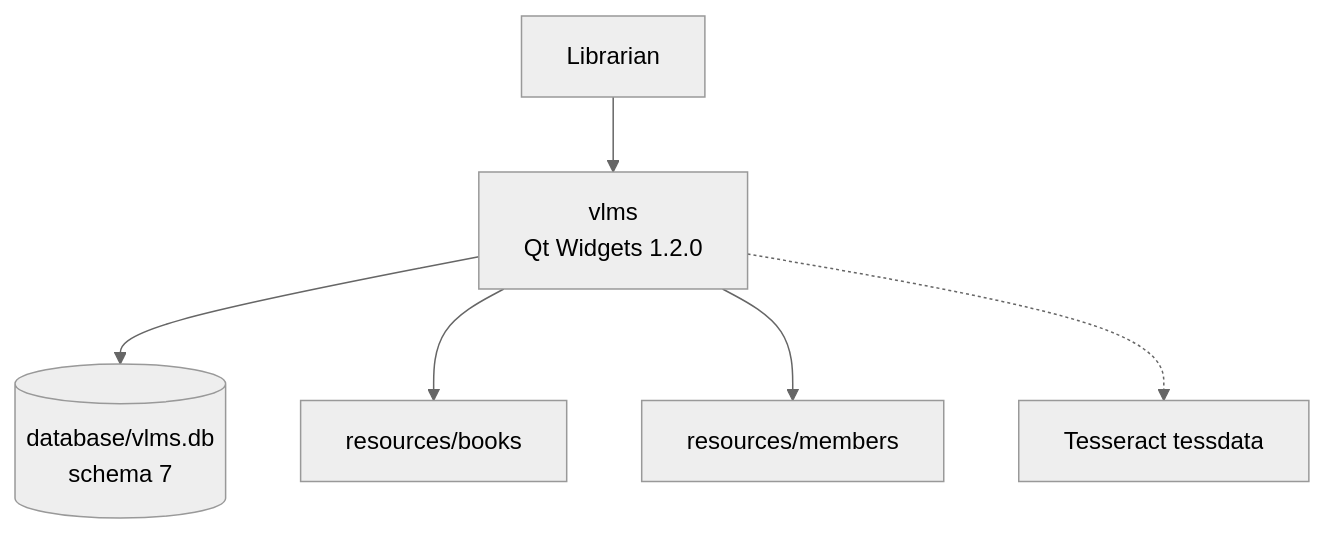
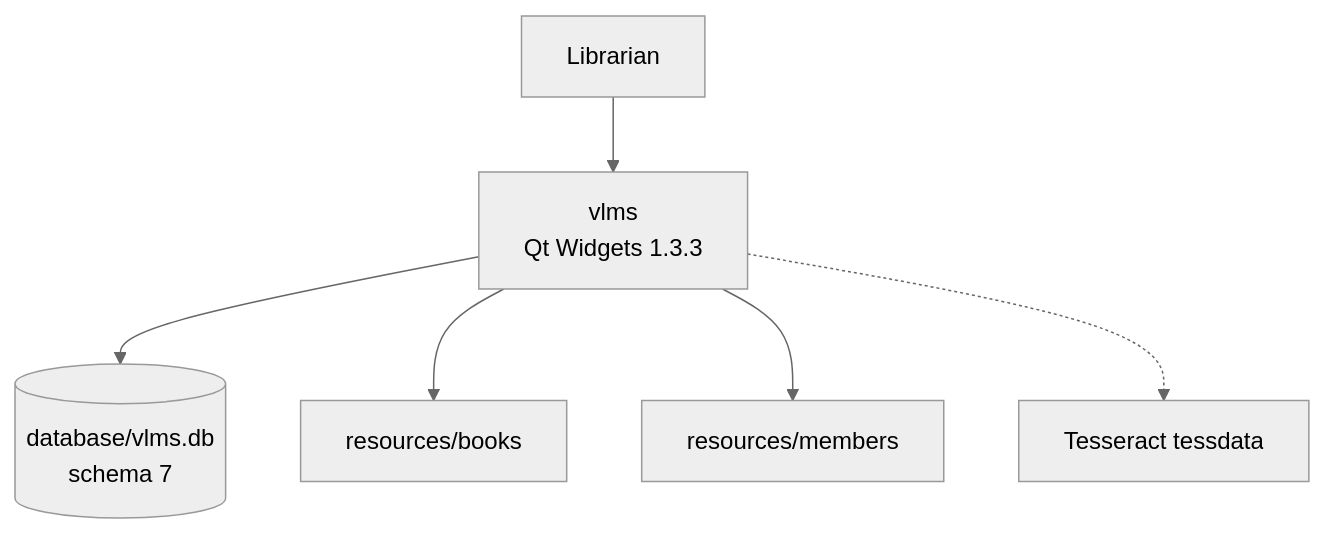
One commit to medaminben/VLMS changed the first of 28 diagrams in docs/architecture/beta-uml.md. Above: the diagram before and after it, drawn with Mermaid (neutral theme). The commit also changed other lines of this file, not shown here.

First line of the commit message:
Refresh the Beta UML for the frontend redesign.

````diff
--- a/docs/architecture/beta-uml.md
+++ b/docs/architecture/beta-uml.md
@@ -21,15 +20,15 @@
 ```mermaid
 flowchart TD
     Librarian[Librarian]
-    App[vlms<br/>Qt Widgets 1.2.0]
+    App[vlms<br/>Qt Widgets 1.3.3]
     Db[(database/vlms.db<br/>schema 7)]
     Books[resources/books]
     Members[resources/members]
     Tess[Tesseract tessdata]
 
     Librarian --> App
     App --> Db
     App --> Books
     App --> Members
     App -.-> Tess
 ```
````
